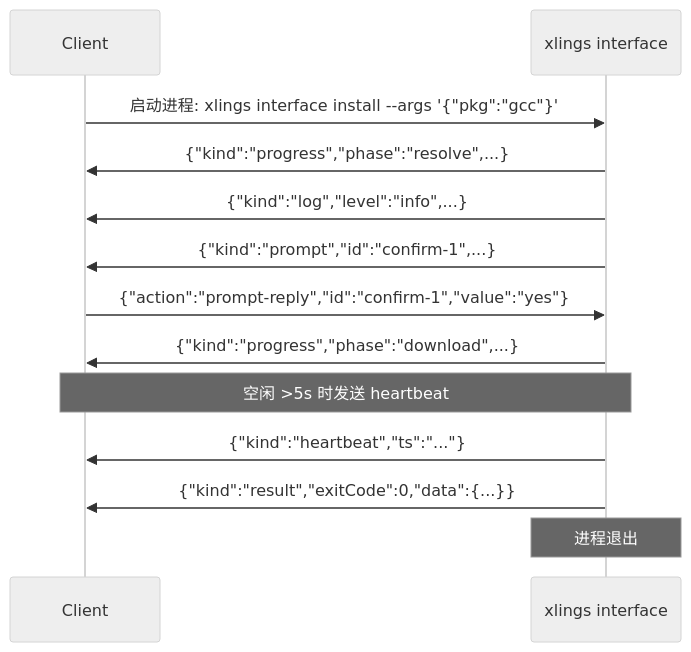
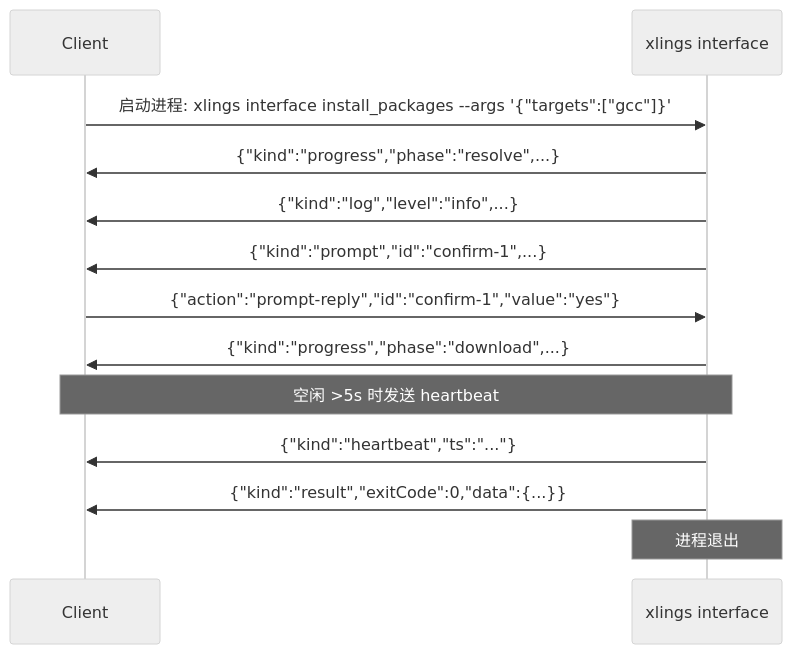
One commit to openxlings/xlings changed the diagram in docs/design/interface-protocol.md. Above: the diagram before and after it, drawn with Mermaid (neutral theme). The commit also changed other lines of this file and 63 other files, not shown here.

````diff
--- a/docs/design/interface-protocol.md
+++ b/docs/design/interface-protocol.md
@@ -89,16 +89,16 @@
 ```mermaid
 sequenceDiagram
     participant C as Client
     participant X as xlings interface
 
-    C->>X: 启动进程: xlings interface install --args '{"pkg":"gcc"}'
+    C->>X: 启动进程: xlings interface install_packages --args '{"targets":["gcc"]}'
     X->>C: {"kind":"progress","phase":"resolve",...}
     X->>C: {"kind":"log","level":"info",...}
     X->>C: {"kind":"prompt","id":"confirm-1",...}
     C->>X: {"action":"prompt-reply","id":"confirm-1","value":"yes"}
     X->>C: {"kind":"progress","phase":"download",...}
     Note over X,C: 空闲 >5s 时发送 heartbeat
     X->>C: {"kind":"heartbeat","ts":"..."}
     X->>C: {"kind":"result","exitCode":0,"data":{...}}
     Note over X: 进程退出
 ```
````
